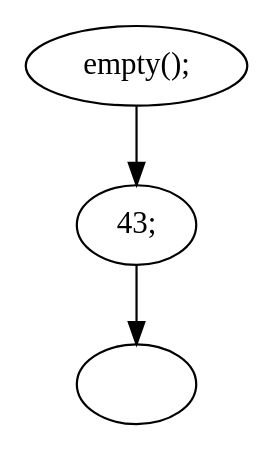
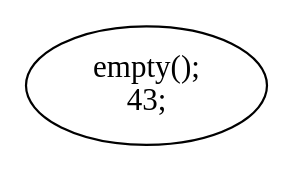
Before and after one commit to romagolchin/itmo-masters: the diagram in program-model-verification/output/lab2_cfg/cfg.g.dot, drawn with Graphviz. The commit also changed 129 other files, not shown here.

```diff
--- a/program-model-verification/output/lab2_cfg/cfg.g.dot
+++ b/program-model-verification/output/lab2_cfg/cfg.g.dot
@@ -1,7 +1,4 @@
 digraph {
-  0 [label="empty();"];
-  1 [label=""];
-  2 [label="43;"];
-  2 -> 1 [label=""];
-  0 -> 2 [label=""];
+  0 [label="empty();
+43;"];
 }
```
